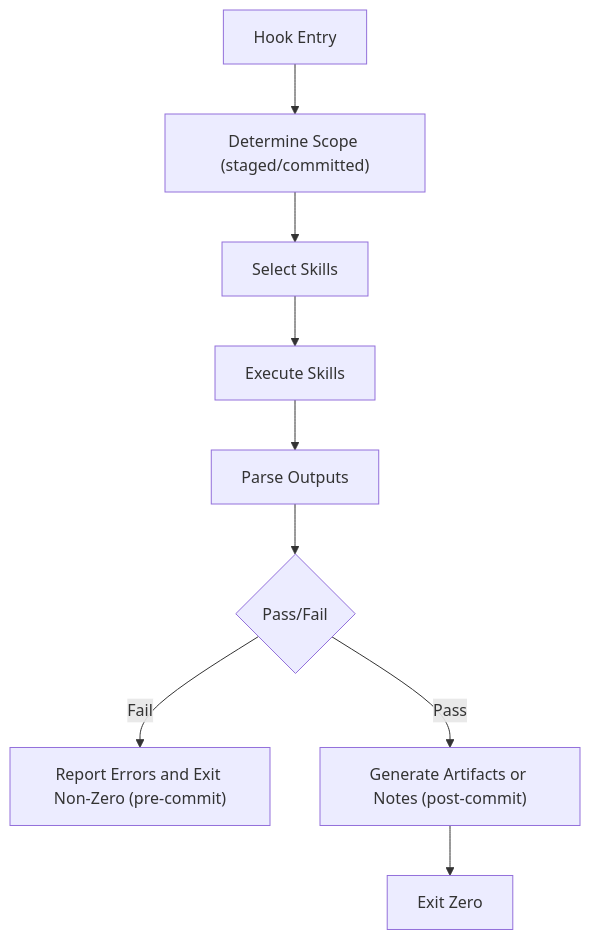
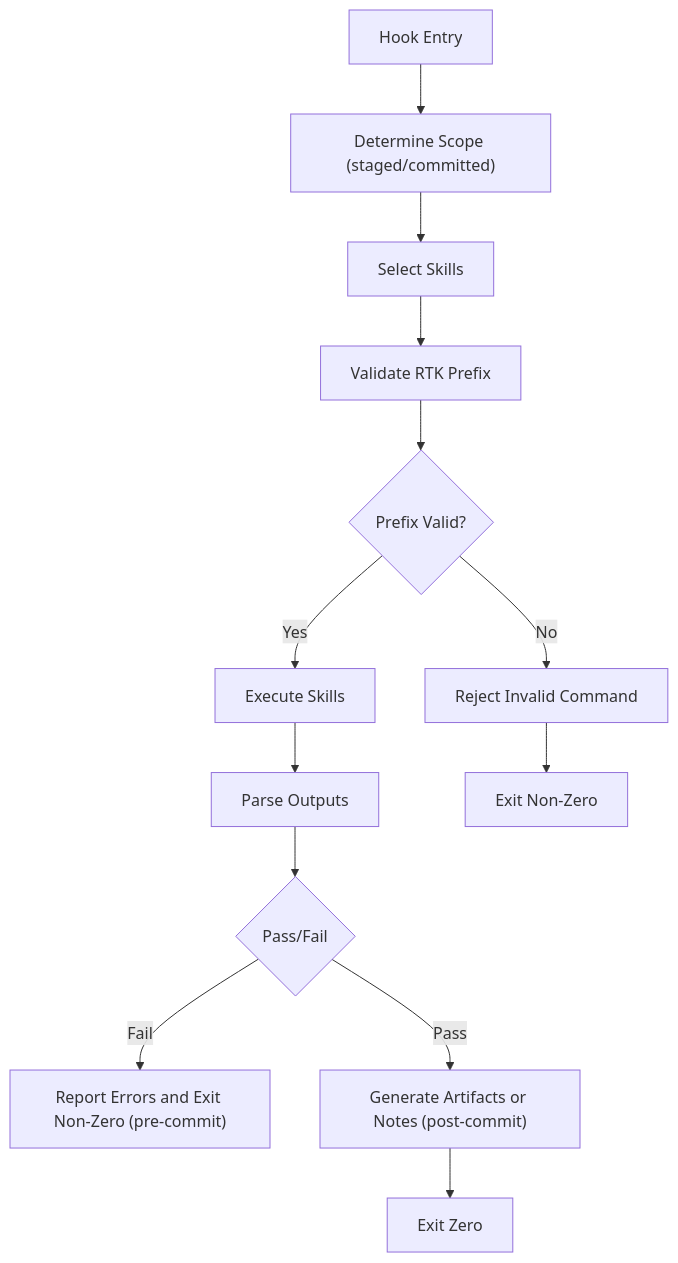
One commit to Sherlock-Shi/pi-codex-kit changed the seventh of 8 diagrams in .qoder/repowiki/en/content/Core Architecture/Hook System Architecture.md. Above: the diagram before and after it, drawn with Mermaid. The commit also changed other lines of this file and 47 other files, not shown here.

````diff
--- a/.qoder/repowiki/en/content/Core Architecture/Hook System Architecture.md
+++ b/.qoder/repowiki/en/content/Core Architecture/Hook System Architecture.md
@@ -232,11 +309,15 @@
 ```mermaid
 flowchart TD
 A["Hook Entry"] --> B["Determine Scope (staged/committed)"]
 B --> C["Select Skills"]
-C --> D["Execute Skills"]
-D --> E["Parse Outputs"]
-E --> F{"Pass/Fail"}
-F --> |Fail| G["Report Errors and Exit Non-Zero (pre-commit)"]
-F --> |Pass| H["Generate Artifacts or Notes (post-commit)"]
-H --> I["Exit Zero"]
+C --> D["Validate RTK Prefix"]
+D --> E{"Prefix Valid?"}
+E --> |No| F["Reject Invalid Command"]
+E --> |Yes| G["Execute Skills"]
+G --> H["Parse Outputs"]
+H --> I{"Pass/Fail"}
+I --> |Fail| J["Report Errors and Exit Non-Zero (pre-commit)"]
+I --> |Pass| K["Generate Artifacts or Notes (post-commit)"]
+K --> L["Exit Zero"]
+F --> M["Exit Non-Zero"]
 ```
````
